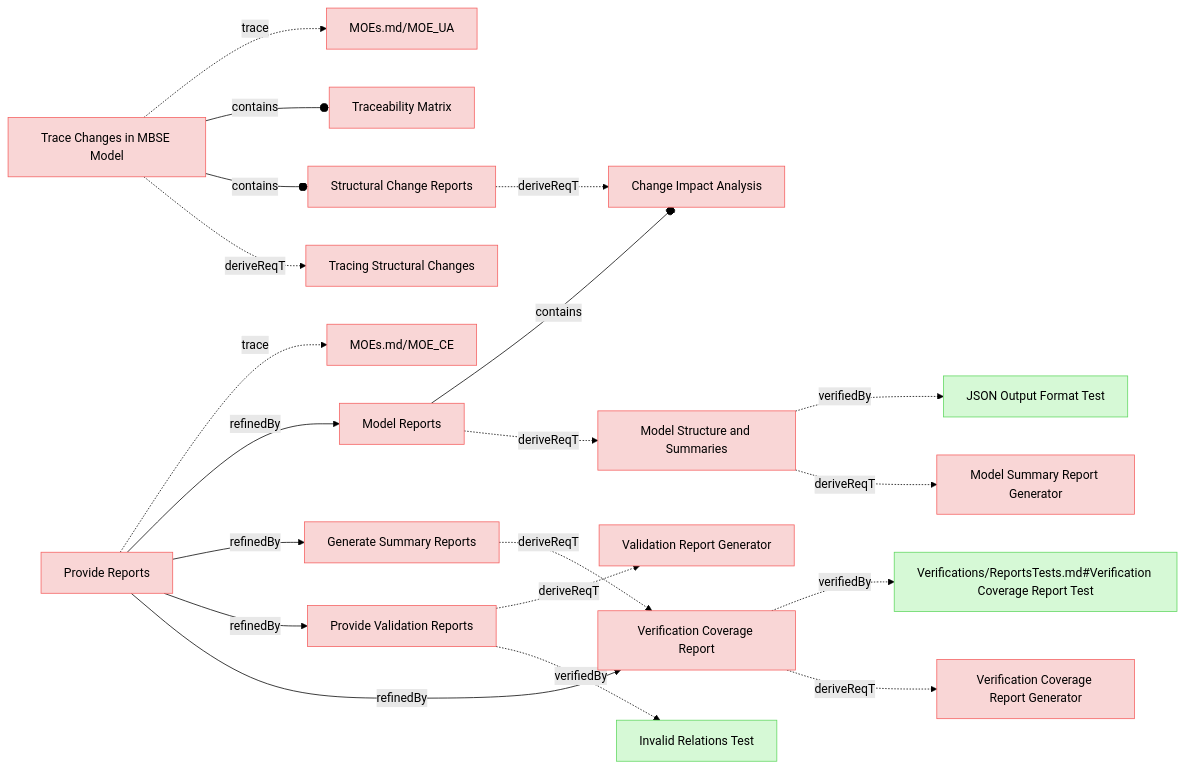
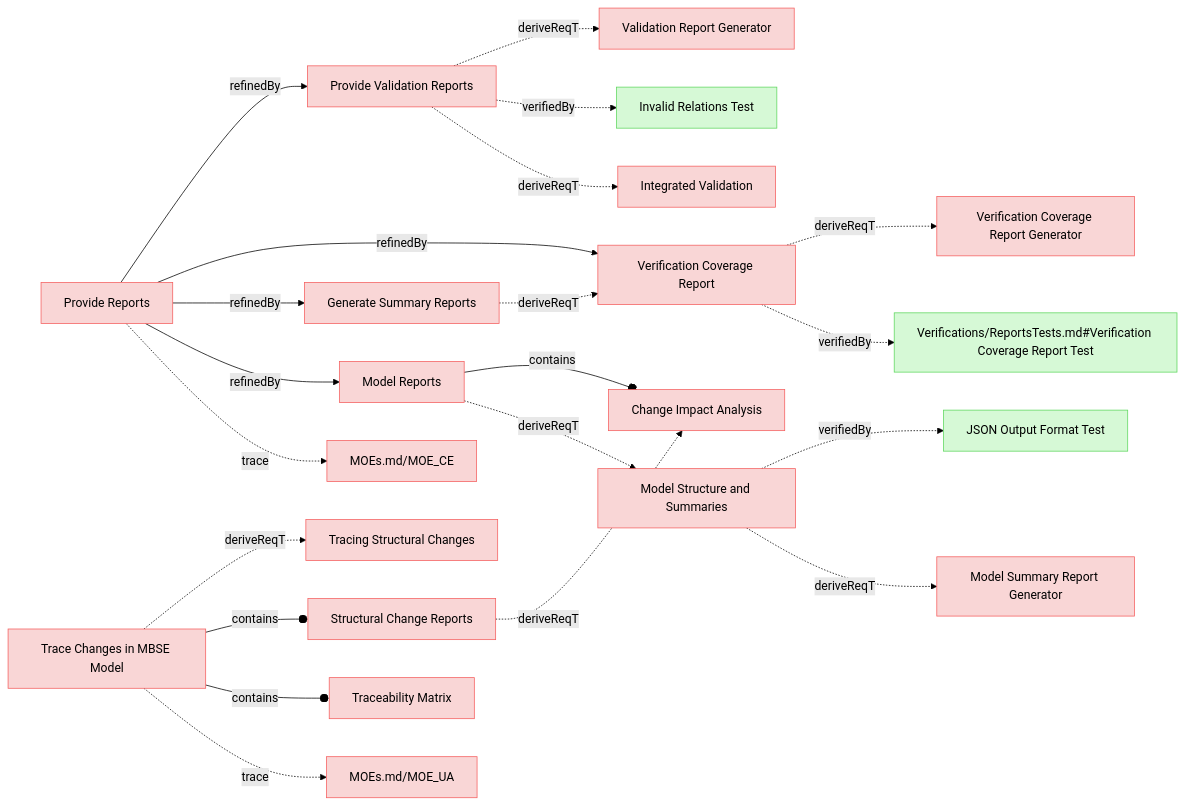
The fifth of 9 diagrams in specifications/UserRequirements.md (reqvire-org/reqvire), drawn with Mermaid (forest theme) before and after one commit. The commit also changed other lines of this file and 64 other files, not shown here.

````diff
--- a/specifications/UserRequirements.md
+++ b/specifications/UserRequirements.md
@@ -505,26 +509,14 @@
   70701096d332c0b2["Model Reports"];
   class 70701096d332c0b2 requirement;
   click 70701096d332c0b2 "UserRequirements.md#model-reports";
+  ad6f7a2d41d80a38["Model Structure and Summaries"];
+  class ad6f7a2d41d80a38 requirement;
+  click ad6f7a2d41d80a38 "UserRequirements.md#model-structure-and-summaries";
+  70701096d332c0b2 -.->|deriveReqT| ad6f7a2d41d80a38;
   9933cac5853a8584["Change Impact Analysis"];
   class 9933cac5853a8584 requirement;
   click 9933cac5853a8584 "UserRequirements.md#change-impact-analysis";
   70701096d332c0b2 --o|contains| 9933cac5853a8584;
-  ad6f7a2d41d80a38["Model Structure and Summaries"];
-  class ad6f7a2d41d80a38 requirement;
-  click ad6f7a2d41d80a38 "UserRequirements.md#model-structure-and-summaries";
-  70701096d332c0b2 -.->|deriveReqT| ad6f7a2d41d80a38;
-  9a53e9c00918fd02["JSON Output Format Test"];
-  class 9a53e9c00918fd02 verification;
-  click 9a53e9c00918fd02 "Verifications/ValidationTests.md#json-output-format-test";
-  ad6f7a2d41d80a38 -.->|verifiedBy| 9a53e9c00918fd02;
-  b882613af131f35f["Model Summary Report Generator"];
-  class b882613af131f35f requirement;
-  click b882613af131f35f "SystemRequirements/Requirements.md#model-summary-report-generator";
-  ad6f7a2d41d80a38 -.->|deriveReqT| b882613af131f35f;
-  1908501a80db5c46["Structural Change Reports"];
-  class 1908501a80db5c46 requirement;
-  click 1908501a80db5c46 "UserRequirements.md#structural-change-reports";
-  1908501a80db5c46 -.->|deriveReqT| 9933cac5853a8584;
   b5c9876f83e7d0ce["Generate Summary Reports"];
   class b5c9876f83e7d0ce requirement;
   click b5c9876f83e7d0ce "UserRequirements.md#generate-summary-reports";
@@ -532,17 +524,10 @@
   class f7a606aa79ba438 requirement;
   click f7a606aa79ba438 "UserRequirements.md#verification-coverage-report";
   b5c9876f83e7d0ce -.->|deriveReqT| f7a606aa79ba438;
-  ed31b6bed1cde2f8["Provide Validation Reports"];
-  class ed31b6bed1cde2f8 requirement;
-  click ed31b6bed1cde2f8 "UserRequirements.md#provide-validation-reports";
-  d667d94124e3bab7["Validation Report Generator"];
-  class d667d94124e3bab7 requirement;
-  click d667d94124e3bab7 "SystemRequirements/Requirements.md#validation-report-generator";
-  ed31b6bed1cde2f8 -.->|deriveReqT| d667d94124e3bab7;
-  e37dc7f46d75d46["Invalid Relations Test"];
-  class e37dc7f46d75d46 verification;
-  click e37dc7f46d75d46 "Verifications/ValidationTests.md#invalid-relations-test";
-  ed31b6bed1cde2f8 -.->|verifiedBy| e37dc7f46d75d46;
+  1908501a80db5c46["Structural Change Reports"];
+  class 1908501a80db5c46 requirement;
+  click 1908501a80db5c46 "UserRequirements.md#structural-change-reports";
+  1908501a80db5c46 -.->|deriveReqT| 9933cac5853a8584;
   349f5e874cf22d98["Verifications/ReportsTests.md#Verification Coverage Report Test"];
   class 349f5e874cf22d98 verification;
   click 349f5e874cf22d98 "Verifications/ReportsTests.md#verification-coverage-report-test";
@@ -551,6 +536,40 @@
   class 2f5273c3b5655b33 requirement;
   click 2f5273c3b5655b33 "SystemRequirements/Requirements.md#verification-coverage-report-generator";
   f7a606aa79ba438 -.->|deriveReqT| 2f5273c3b5655b33;
+  b882613af131f35f["Model Summary Report Generator"];
+  class b882613af131f35f requirement;
+  click b882613af131f35f "SystemRequirements/Requirements.md#model-summary-report-generator";
+  ad6f7a2d41d80a38 -.->|deriveReqT| b882613af131f35f;
+  9a53e9c00918fd02["JSON Output Format Test"];
+  class 9a53e9c00918fd02 verification;
+  click 9a53e9c00918fd02 "Verifications/ValidationTests.md#json-output-format-test";
+  ad6f7a2d41d80a38 -.->|verifiedBy| 9a53e9c00918fd02;
+  ed31b6bed1cde2f8["Provide Validation Reports"];
+  class ed31b6bed1cde2f8 requirement;
+  click ed31b6bed1cde2f8 "UserRequirements.md#provide-validation-reports";
+  5a67efb6be1c6c72["Integrated Validation"];
+  class 5a67efb6be1c6c72 requirement;
+  click 5a67efb6be1c6c72 "SystemRequirements/TwoPassValidation.md#integrated-validation";
+  ed31b6bed1cde2f8 -.->|deriveReqT| 5a67efb6be1c6c72;
+  e37dc7f46d75d46["Invalid Relations Test"];
+  class e37dc7f46d75d46 verification;
+  click e37dc7f46d75d46 "Verifications/ValidationTests.md#invalid-relations-test";
+  ed31b6bed1cde2f8 -.->|verifiedBy| e37dc7f46d75d46;
+  d667d94124e3bab7["Validation Report Generator"];
+  class d667d94124e3bab7 requirement;
+  click d667d94124e3bab7 "SystemRequirements/Requirements.md#validation-report-generator";
+  ed31b6bed1cde2f8 -.->|deriveReqT| d667d94124e3bab7;
+  91a0adb0b4d959c4["Provide Reports"];
+  class 91a0adb0b4d959c4 requirement;
+  click 91a0adb0b4d959c4 "UserStories.md#provide-reports";
+  e9ad540a6411a0fc["MOEs.md/MOE_CE"];
+  class e9ad540a6411a0fc requirement;
+  click e9ad540a6411a0fc "MOEs.md#moe_ce";
+  91a0adb0b4d959c4 -.->|trace| e9ad540a6411a0fc;
+  91a0adb0b4d959c4 -->|refinedBy| 70701096d332c0b2;
+  91a0adb0b4d959c4 -->|refinedBy| b5c9876f83e7d0ce;
+  91a0adb0b4d959c4 -->|refinedBy| f7a606aa79ba438;
+  91a0adb0b4d959c4 -->|refinedBy| ed31b6bed1cde2f8;
   5ef9c8ae19a9f55a["Trace Changes in MBSE Model"];
   class 5ef9c8ae19a9f55a requirement;
   click 5ef9c8ae19a9f55a "UserStories.md#trace-changes-in-mbse-model";
@@ -567,15 +586,4 @@
   class d7b7b13a5b8d96e1 requirement;
   click d7b7b13a5b8d96e1 "UserRequirements.md#tracing-structural-changes";
   5ef9c8ae19a9f55a -.->|deriveReqT| d7b7b13a5b8d96e1;
-  91a0adb0b4d959c4["Provide Reports"];
-  class 91a0adb0b4d959c4 requirement;
-  click 91a0adb0b4d959c4 "UserStories.md#provide-reports";
-  e9ad540a6411a0fc["MOEs.md/MOE_CE"];
-  class e9ad540a6411a0fc requirement;
-  click e9ad540a6411a0fc "MOEs.md#moe_ce";
-  91a0adb0b4d959c4 -.->|trace| e9ad540a6411a0fc;
-  91a0adb0b4d959c4 -->|refinedBy| 70701096d332c0b2;
-  91a0adb0b4d959c4 -->|refinedBy| b5c9876f83e7d0ce;
-  91a0adb0b4d959c4 -->|refinedBy| ed31b6bed1cde2f8;
-  91a0adb0b4d959c4 -->|refinedBy| f7a606aa79ba438;
 ```
````
